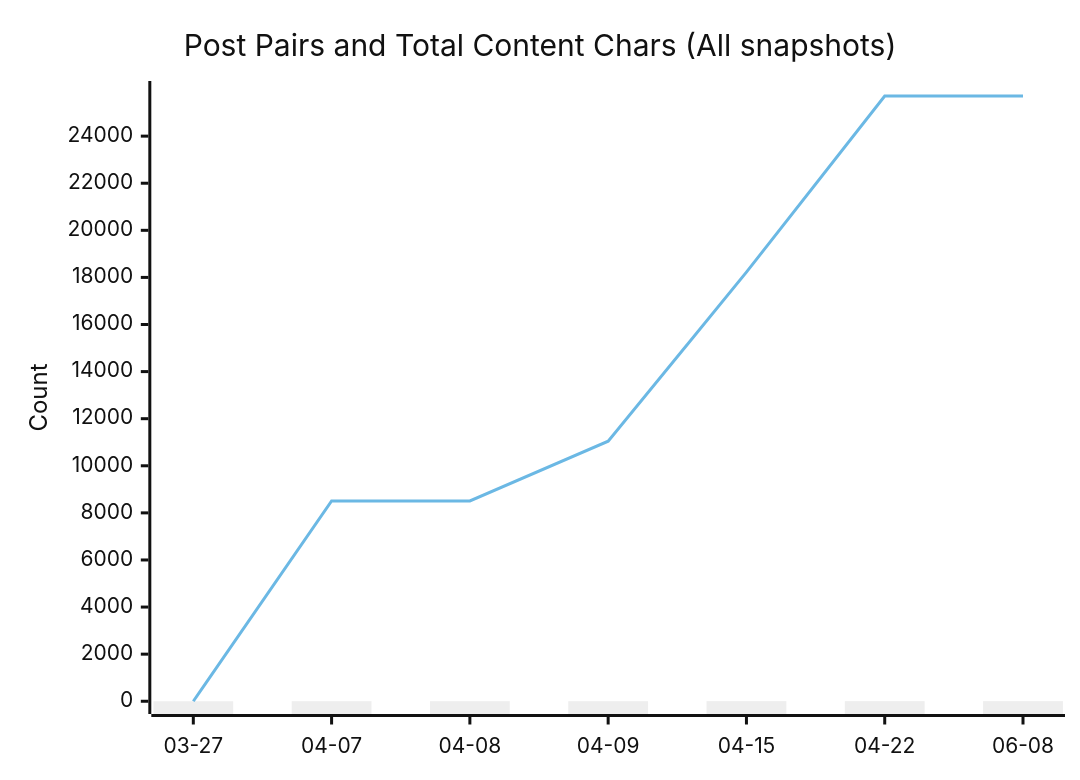
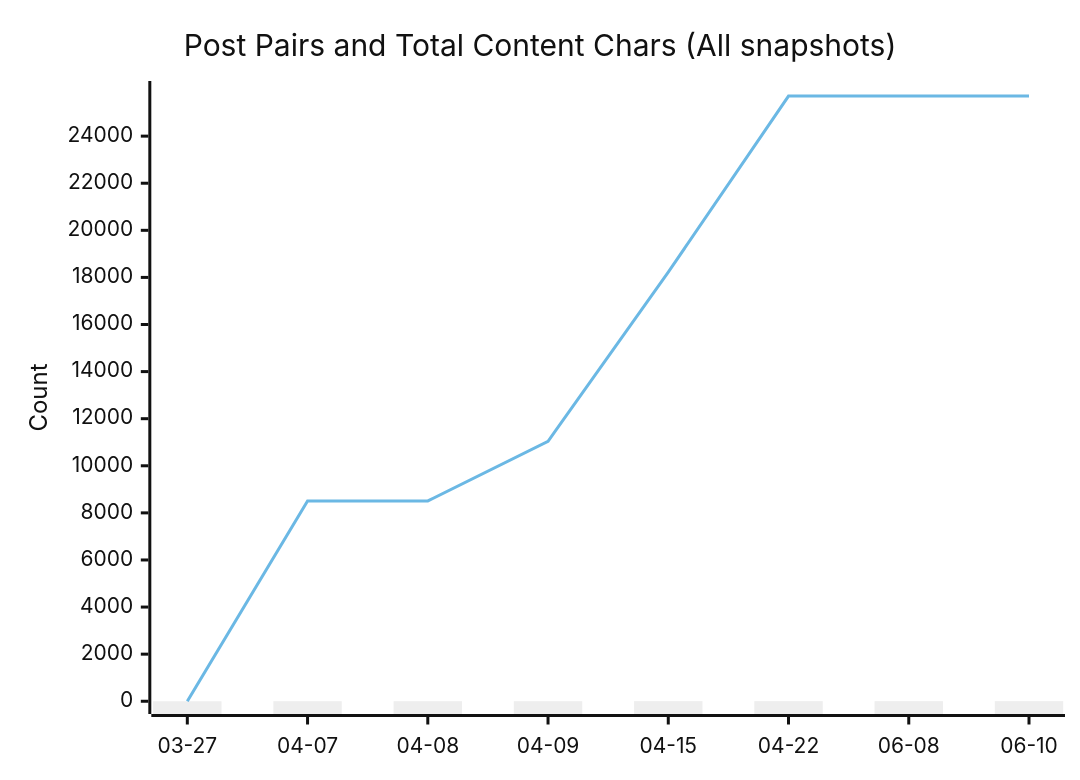
One commit to ttw225/blog changed the diagram in README.md. Above: the diagram before and after it, drawn with Mermaid (neutral theme). The commit also changed other lines of this file and 2 other files, not shown here.

Commit message:
auto: refresh blog stats

````diff
--- a/README.md
+++ b/README.md
@@ -25,8 +25,8 @@
 ```mermaid
 xychart-beta
   title "Post Pairs and Total Content Chars (All snapshots)"
-  x-axis ["03-27", "04-07", "04-08", "04-09", "04-15", "04-22", "06-08"]
+  x-axis ["03-27", "04-07", "04-08", "04-09", "04-15", "04-22", "06-08", "06-10"]
   y-axis "Count" 0 --> 25800
-  bar [0, 2, 2, 3, 4, 5, 5]
-  line [0, 8506, 8506, 11042, 18224, 25700, 25700]
+  bar [0, 2, 2, 3, 4, 5, 5, 5]
+  line [0, 8506, 8506, 11042, 18224, 25700, 25700, 25700]
 ```
````
